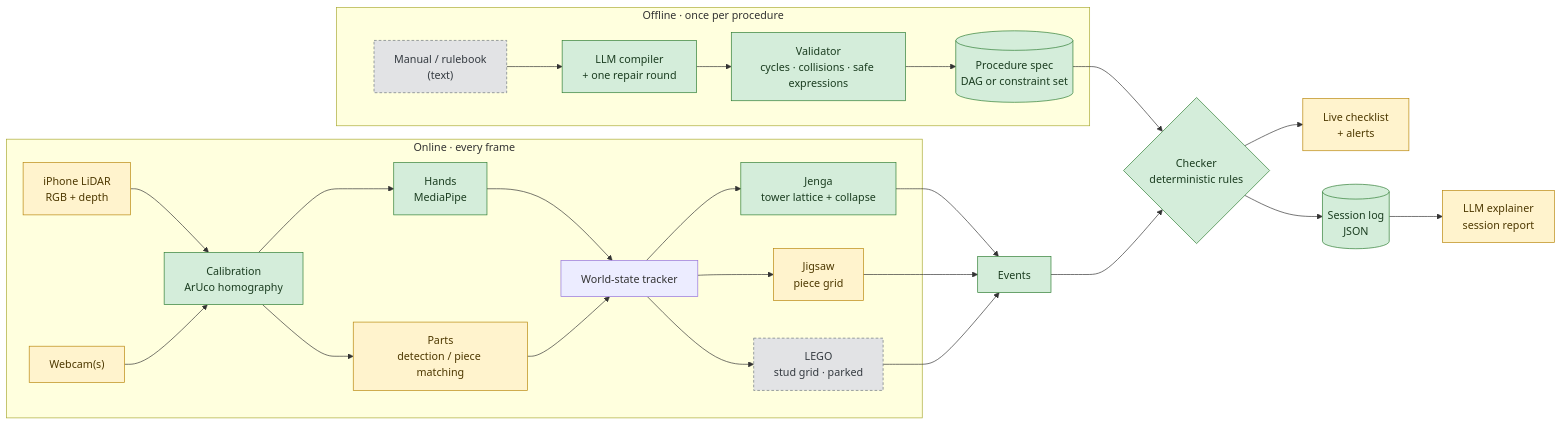
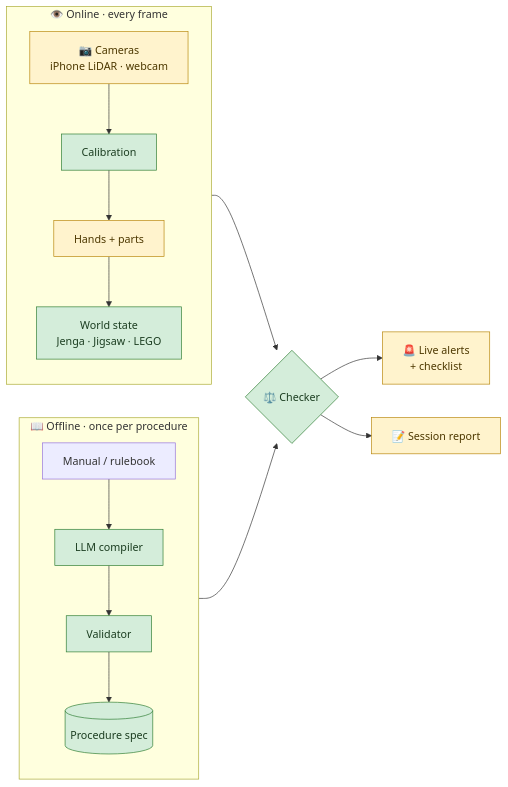
The diagram in README.md (AaditPani-RVU/STEPWISE), drawn with Mermaid before and after one commit. The commit also changed other lines of this file, not shown here.

````diff
--- a/README.md
+++ b/README.md
@@ -47,37 +100,26 @@
 ```mermaid
 flowchart LR
-    subgraph offline["Offline · once per procedure"]
-        M["Manual / rulebook<br/>(text)"] --> L["LLM compiler<br/>+ one repair round"]
-        L --> V["Validator<br/>cycles · collisions · safe expressions"]
-        V --> G[("Procedure spec<br/>DAG or constraint set")]
+    subgraph OFF["📖 Offline · once per procedure"]
+        direction TB
+        M["Manual / rulebook"] --> L["LLM compiler"]
+        L --> V["Validator"]
+        V --> G[("Procedure spec")]
     end
 
-    subgraph online["Online · every frame"]
-        C1["iPhone LiDAR<br/>RGB + depth"] --> K["Calibration<br/>ArUco homography"]
-        C2["Webcam(s)"] --> K
-        K --> H["Hands<br/>MediaPipe"]
-        K --> P["Parts<br/>detection / piece matching"]
-        H --> S["World-state tracker"]
-        P --> S
-        S --> SJ["Jenga<br/>tower lattice + collapse"]
-        S --> SP["Jigsaw<br/>piece grid"]
-        S --> SL["LEGO<br/>stud grid · parked"]
+    subgraph ON["👁️ Online · every frame"]
+        direction TB
+        CAM["📷 Cameras<br/>iPhone LiDAR · webcam"] --> K["Calibration"]
+        K --> HP["Hands + parts"]
+        HP --> S["World state<br/>Jenga · Jigsaw · LEGO"]
     end
 
-    SJ --> E["Events"]
-    SP --> E
-    SL --> E
-    G --> CH{"Checker<br/>deterministic rules"}
-    E --> CH
-    CH --> A["Live checklist<br/>+ alerts"]
-    CH --> LOG[("Session log<br/>JSON")]
-    LOG --> X["LLM explainer<br/>session report"]
+    G --> C{"⚖️ Checker"}
+    S --> C
+    C --> A["🚨 Live alerts<br/>+ checklist"]
+    C --> R["📝 Session report"]
 
-    classDef built fill:#d4edda,stroke:#2e7d32,color:#1b3d20
+    classDef done fill:#d4edda,stroke:#2e7d32,color:#1b3d20
     classDef todo fill:#fff3cd,stroke:#b8860b,color:#4d3800
-    classDef parked fill:#e2e3e5,stroke:#6c757d,color:#343a40,stroke-dasharray:4 3
-
-    class L,V,G,K,H,SJ,CH,LOG,E built
-    class C1,C2,P,SP,A,X todo
-    class SL,M parked
+    class L,V,G,K,S,C done
+    class CAM,HP,A,R todo
 ```
````
